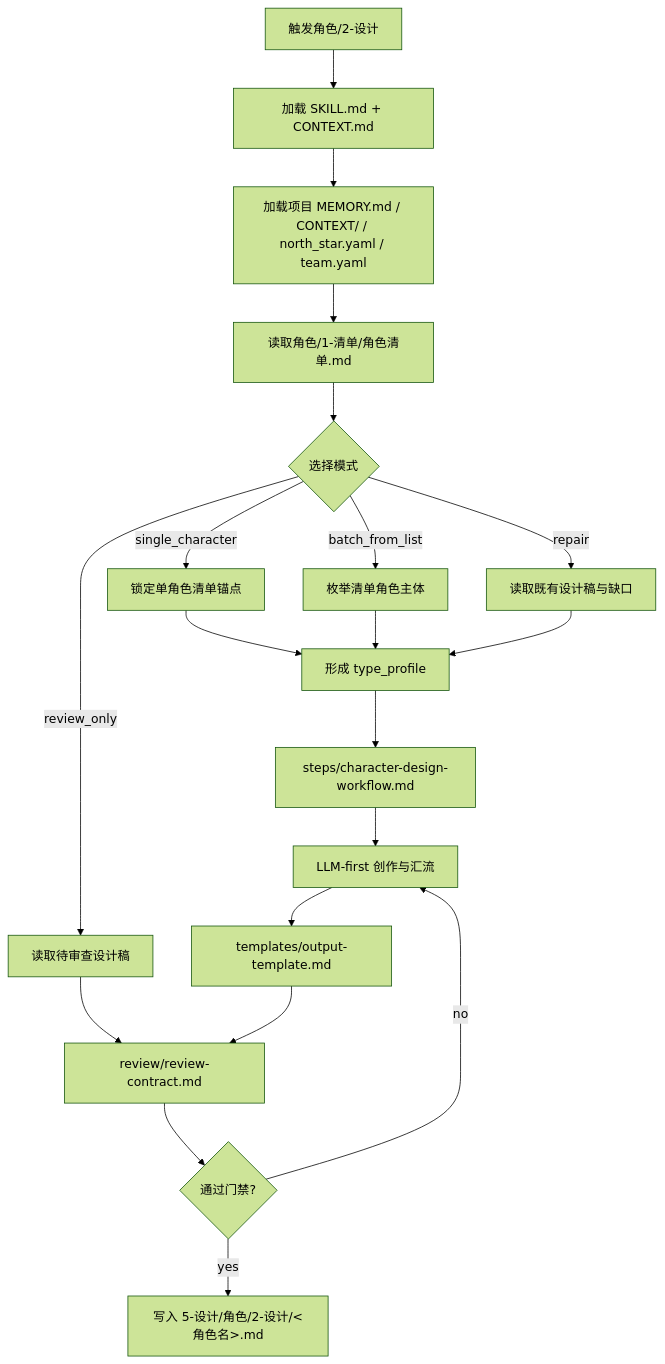
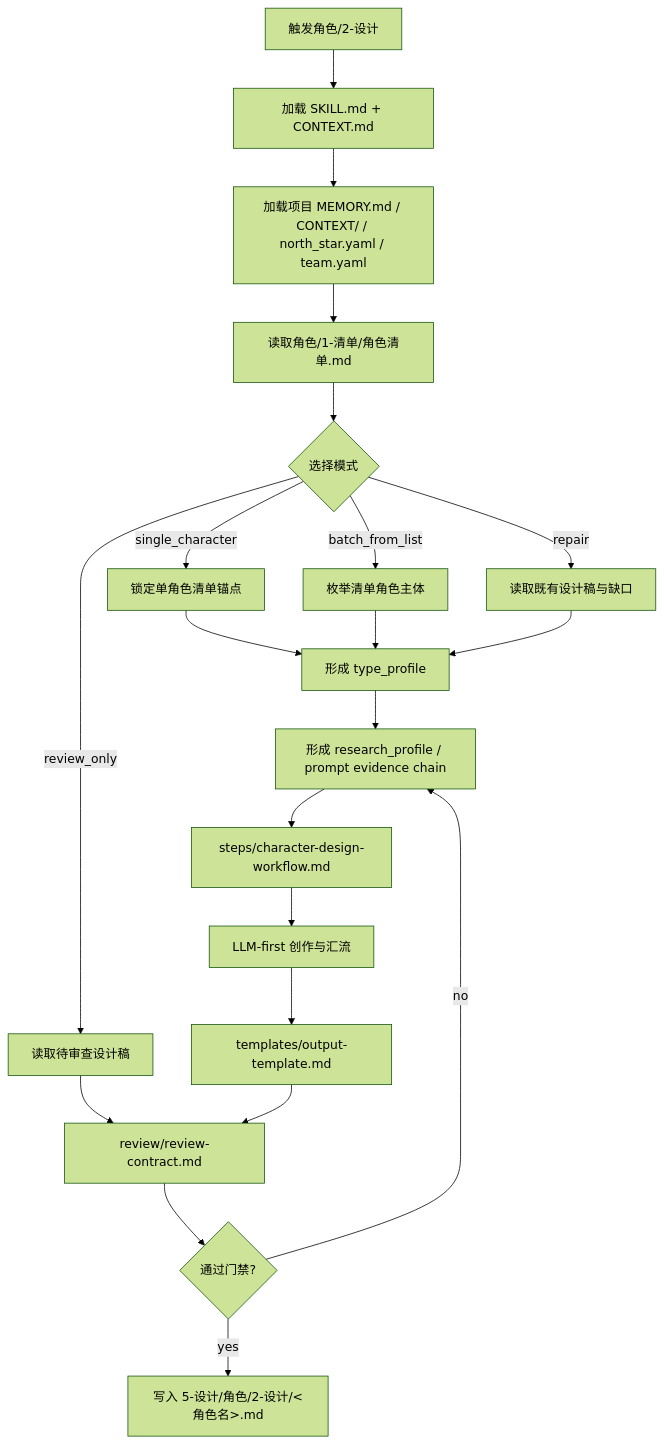
Before and after one commit to ZEN-VOID/AI-CUT: the first of 3 diagrams in .agents/skills/aigc/5-设计/角色/2-设计/SKILL.md, drawn with Mermaid (forest theme). The commit also changed other lines of this file and 526 other files, not shown here.

````diff
--- a/.agents/skills/aigc/5-设计/角色/2-设计/SKILL.md
+++ b/.agents/skills/aigc/5-设计/角色/2-设计/SKILL.md
@@ -81,22 +82,23 @@
 ```mermaid
 flowchart TD
     A["触发角色/2-设计"] --> B["加载 SKILL.md + CONTEXT.md"]
     B --> C["加载项目 MEMORY.md / CONTEXT/ / north_star.yaml / team.yaml"]
     C --> D["读取角色/1-清单/角色清单.md"]
     D --> E{"选择模式"}
     E -->|"single_character"| F["锁定单角色清单锚点"]
     E -->|"batch_from_list"| G["枚举清单角色主体"]
     E -->|"repair"| H["读取既有设计稿与缺口"]
     E -->|"review_only"| I["读取待审查设计稿"]
     F --> J["形成 type_profile"]
     G --> J
     H --> J
     I --> N["review/review-contract.md"]
-    J --> K["steps/character-design-workflow.md"]
-    K --> L["LLM-first 创作与汇流"]
-    L --> M["templates/output-template.md"]
+    J --> K["形成 research_profile / prompt evidence chain"]
+    K --> L["steps/character-design-workflow.md"]
+    L --> Q["LLM-first 创作与汇流"]
+    Q --> M["templates/output-template.md"]
     M --> N
     N --> O{"通过门禁?"}
     O -->|"yes"| P["写入 5-设计/角色/2-设计/<角色名>.md"]
-    O -->|"no"| L
+    O -->|"no"| K
 ```
````
